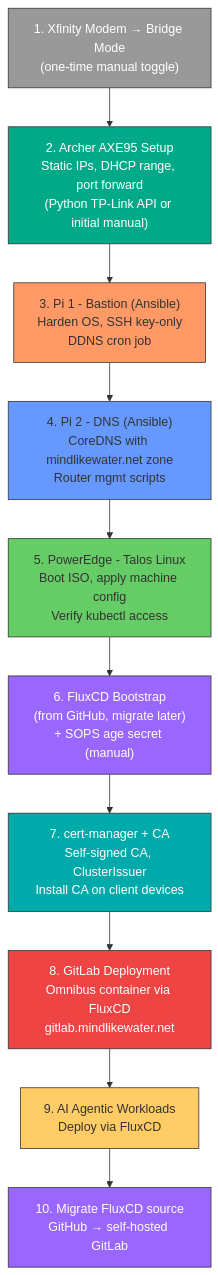
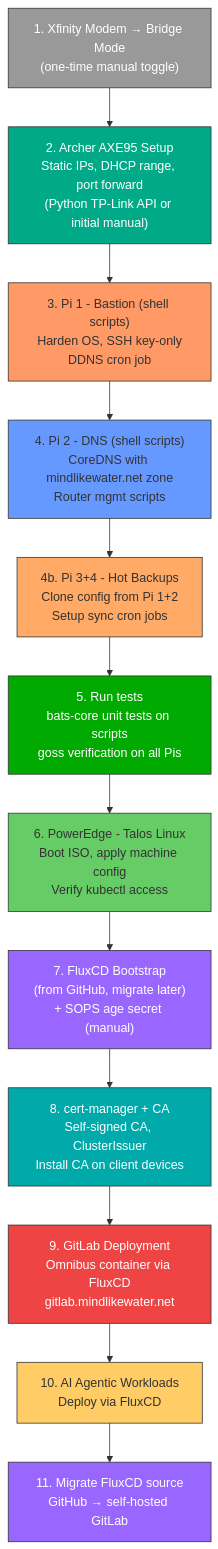
The eighth of 10 diagrams in _bmad-output/brainstorming/architecture-diagram.md (thewoolleyman/home-tech-infrastructure), drawn with Mermaid before and after one commit. The commit also changed other lines of this file and 1 other file, not shown here.

First line of the commit message:
Update architecture for AI-automated home network vision

````diff
--- a/_bmad-output/brainstorming/architecture-diagram.md
+++ b/_bmad-output/brainstorming/architecture-diagram.md
@@ -354,26 +387,30 @@
 ```mermaid
 flowchart TD
     B1["1. Xfinity Modem → Bridge Mode<br/>(one-time manual toggle)"]
     B2["2. Archer AXE95 Setup<br/>Static IPs, DHCP range, port forward<br/>(Python TP-Link API or initial manual)"]
-    B3["3. Pi 1 - Bastion (Ansible)<br/>Harden OS, SSH key-only<br/>DDNS cron job"]
-    B4["4. Pi 2 - DNS (Ansible)<br/>CoreDNS with mindlikewater.net zone<br/>Router mgmt scripts"]
-    B5["5. PowerEdge - Talos Linux<br/>Boot ISO, apply machine config<br/>Verify kubectl access"]
-    B6["6. FluxCD Bootstrap<br/>(from GitHub, migrate later)<br/>+ SOPS age secret (manual)"]
-    B7["7. cert-manager + CA<br/>Self-signed CA, ClusterIssuer<br/>Install CA on client devices"]
-    B8["8. GitLab Deployment<br/>Omnibus container via FluxCD<br/>gitlab.mindlikewater.net"]
-    B9["9. AI Agentic Workloads<br/>Deploy via FluxCD"]
-    B10["10. Migrate FluxCD source<br/>GitHub → self-hosted GitLab"]
+    B3["3. Pi 1 - Bastion (shell scripts)<br/>Harden OS, SSH key-only<br/>DDNS cron job"]
+    B4["4. Pi 2 - DNS (shell scripts)<br/>CoreDNS with mindlikewater.net zone<br/>Router mgmt scripts"]
+    B4B["4b. Pi 3+4 - Hot Backups<br/>Clone config from Pi 1+2<br/>Setup sync cron jobs"]
+    B5["5. Run tests<br/>bats-core unit tests on scripts<br/>goss verification on all Pis"]
+    B6["6. PowerEdge - Talos Linux<br/>Boot ISO, apply machine config<br/>Verify kubectl access"]
+    B7["7. FluxCD Bootstrap<br/>(from GitHub, migrate later)<br/>+ SOPS age secret (manual)"]
+    B8["8. cert-manager + CA<br/>Self-signed CA, ClusterIssuer<br/>Install CA on client devices"]
+    B9["9. GitLab Deployment<br/>Omnibus container via FluxCD<br/>gitlab.mindlikewater.net"]
+    B10["10. AI Agentic Workloads<br/>Deploy via FluxCD"]
+    B11["11. Migrate FluxCD source<br/>GitHub → self-hosted GitLab"]
 
-    B1 --> B2 --> B3 --> B4 --> B5 --> B6 --> B7 --> B8 --> B9 --> B10
+    B1 --> B2 --> B3 --> B4 --> B4B --> B5 --> B6 --> B7 --> B8 --> B9 --> B10 --> B11
 
     style B1 fill:#999,stroke:#333,color:#fff
     style B2 fill:#0a8,stroke:#333,color:#fff
     style B3 fill:#f96,stroke:#333
     style B4 fill:#69f,stroke:#333
-    style B5 fill:#6c6,stroke:#333
-    style B6 fill:#96f,stroke:#333,color:#fff
-    style B7 fill:#0aa,stroke:#333,color:#fff
-    style B8 fill:#e44,stroke:#333,color:#fff
-    style B9 fill:#fc6,stroke:#333
-    style B10 fill:#96f,stroke:#333,color:#fff
+    style B4B fill:#fa6,stroke:#333
+    style B5 fill:#0a0,stroke:#333,color:#fff
+    style B6 fill:#6c6,stroke:#333
+    style B7 fill:#96f,stroke:#333,color:#fff
+    style B8 fill:#0aa,stroke:#333,color:#fff
+    style B9 fill:#e44,stroke:#333,color:#fff
+    style B10 fill:#fc6,stroke:#333
+    style B11 fill:#96f,stroke:#333,color:#fff
 ```
````
